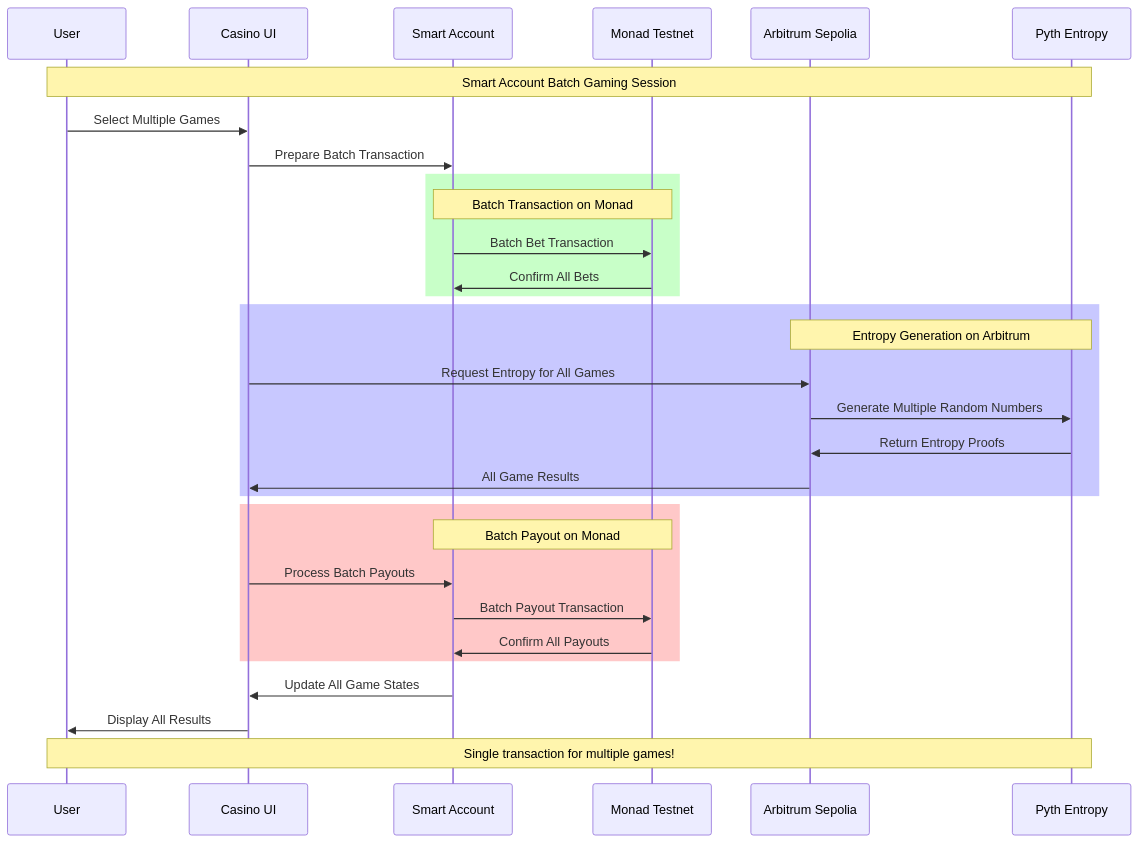
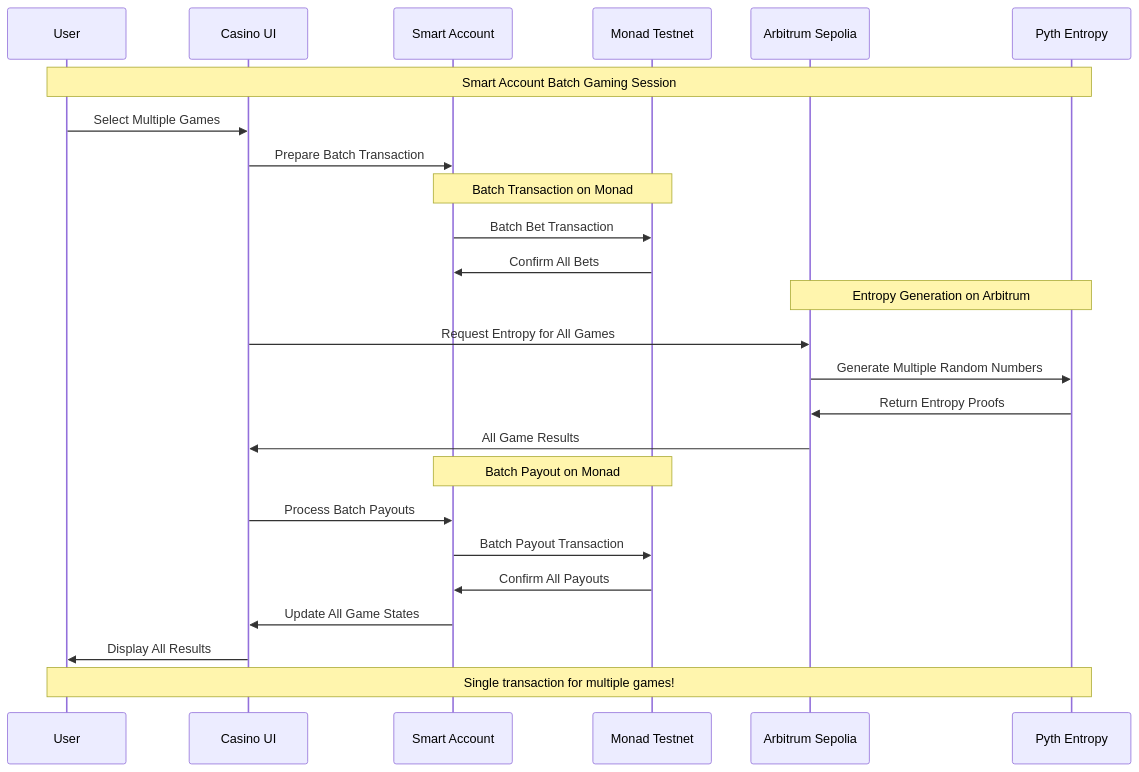
One commit to AmaanSayyad/APT-Casino-Monad changed the eighth of 12 diagrams in README.md. Above: the diagram before and after it, drawn with Mermaid.

````diff
--- a/README.md
+++ b/README.md
@@ -433,40 +433,34 @@
 ```mermaid
 sequenceDiagram
     participant U as User
     participant UI as Casino UI
     participant SA as Smart Account
     participant MT as Monad Testnet
     participant AS as Arbitrum Sepolia
     participant PE as Pyth Entropy
     
     Note over U,PE: Smart Account Batch Gaming Session
     
     U->>UI: Select Multiple Games
     UI->>SA: Prepare Batch Transaction
     
-    rect rgb(200, 255, 200)
-        Note over SA,MT: Batch Transaction on Monad
-        SA->>MT: Batch Bet Transaction
-        MT->>SA: Confirm All Bets
-    end
+    Note over SA,MT: Batch Transaction on Monad
+    SA->>MT: Batch Bet Transaction
+    MT->>SA: Confirm All Bets
     
-    rect rgb(200, 200, 255)
-        Note over AS,PE: Entropy Generation on Arbitrum
-        UI->>AS: Request Entropy for All Games
-        AS->>PE: Generate Multiple Random Numbers
-        PE->>AS: Return Entropy Proofs
-        AS->>UI: All Game Results
-    end
+    Note over AS,PE: Entropy Generation on Arbitrum
+    UI->>AS: Request Entropy for All Games
+    AS->>PE: Generate Multiple Random Numbers
+    PE->>AS: Return Entropy Proofs
+    AS->>UI: All Game Results
     
-    rect rgb(255, 200, 200)
-        Note over SA,MT: Batch Payout on Monad
-        UI->>SA: Process Batch Payouts
-        SA->>MT: Batch Payout Transaction
-        MT->>SA: Confirm All Payouts
-    end
+    Note over SA,MT: Batch Payout on Monad
+    UI->>SA: Process Batch Payouts
+    SA->>MT: Batch Payout Transaction
+    MT->>SA: Confirm All Payouts
     
     SA->>UI: Update All Game States
     UI->>U: Display All Results
     
     Note over U,PE: Single transaction for multiple games!
 ```
````
